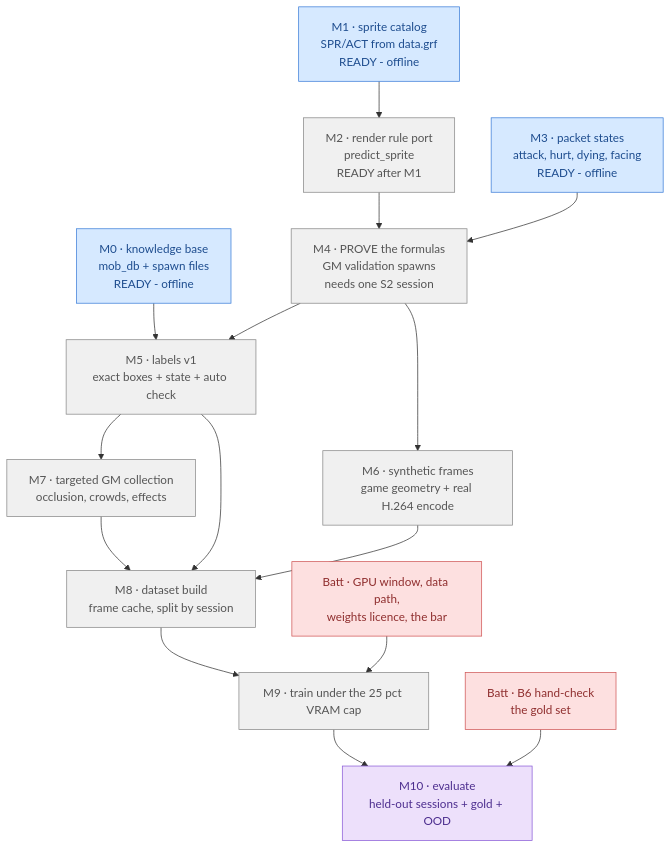
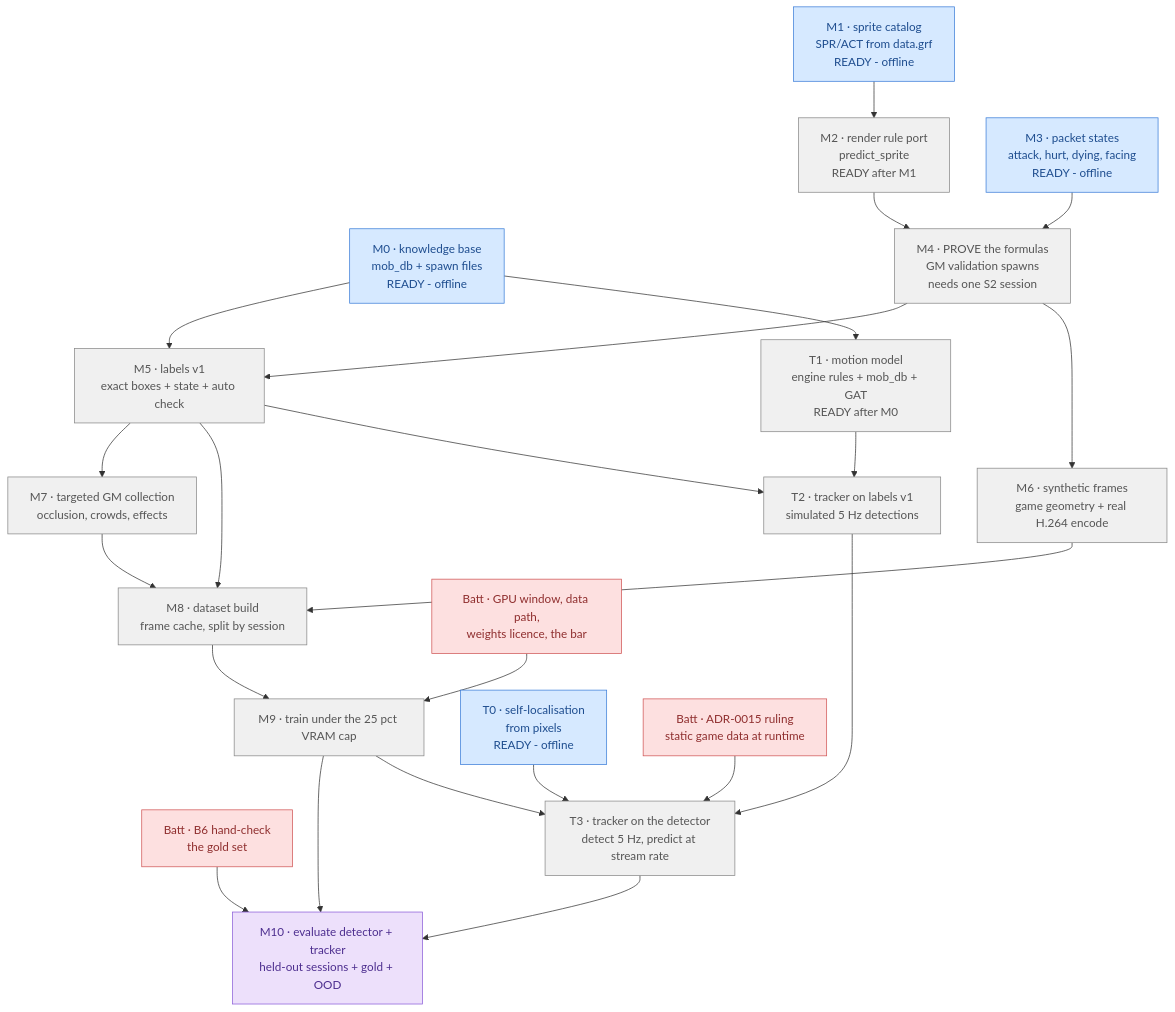
Before and after one commit to lumduan/poring-lab: the diagram in docs/phase3-plan.md, drawn with Mermaid. The commit also changed other lines of this file and 2 other files, not shown here.

First line of the commit message:
docs: Phase 3 plan -- tracking with the game's motion rules; pre-renewal spawns; GM risks

````diff
--- a/docs/phase3-plan.md
+++ b/docs/phase3-plan.md
@@ -54,30 +54,38 @@
 ```mermaid
 flowchart TD
     M0["M0 · knowledge base<br/>mob_db + spawn files<br/>READY - offline"] --> M5
     M1["M1 · sprite catalog<br/>SPR/ACT from data.grf<br/>READY - offline"] --> M2
     M2["M2 · render rule port<br/>predict_sprite<br/>READY after M1"] --> M4
     M3["M3 · packet states<br/>attack, hurt, dying, facing<br/>READY - offline"] --> M4
     M4["M4 · PROVE the formulas<br/>GM validation spawns<br/>needs one S2 session"] --> M5
     M4 --> M6
     M5["M5 · labels v1<br/>exact boxes + state + auto check"] --> M7
     M5 --> M8
     M6["M6 · synthetic frames<br/>game geometry + real H.264 encode"] --> M8
     M7["M7 · targeted GM collection<br/>occlusion, crowds, effects"] --> M8
     M8["M8 · dataset build<br/>frame cache, split by session"] --> M9
     D1["Batt · GPU window, data path,<br/>weights licence, the bar"] --> M9
     M9["M9 · train under the 25 pct VRAM cap"] --> M10
     G["Batt · B6 hand-check<br/>the gold set"] --> M10
-    M10["M10 · evaluate<br/>held-out sessions + gold + OOD"]
+    M10["M10 · evaluate detector + tracker<br/>held-out sessions + gold + OOD"]
+    M0 --> T1
+    T1["T1 · motion model<br/>engine rules + mob_db + GAT<br/>READY after M0"] --> T2
+    M5 --> T2
+    T2["T2 · tracker on labels v1<br/>simulated 5 Hz detections"] --> T3
+    T0["T0 · self-localisation<br/>from pixels<br/>READY - offline"] --> T3
+    M9 --> T3
+    R["Batt · ADR-0015 ruling<br/>static game data at runtime"] --> T3
+    T3["T3 · tracker on the detector<br/>detect 5 Hz, predict at stream rate"] --> M10
 
     classDef done     fill:#d4f4dd,stroke:#2d8a4e,color:#1a5c33
     classDef active   fill:#fff3cd,stroke:#cc9a06,color:#7a5c04
     classDef ready    fill:#d6e9ff,stroke:#3b7dd8,color:#1e4d8f
     classDef blocked  fill:#f0f0f0,stroke:#888,color:#555
     classDef decision fill:#fde0e0,stroke:#d05555,color:#8f2e2e
     classDef goal     fill:#ede0fb,stroke:#8a5cd8,color:#4d2e8f
 
-    class M0,M1,M3 ready
-    class M2,M4,M5,M6,M7,M8,M9 blocked
-    class D1,G decision
+    class M0,M1,M3,T0 ready
+    class M2,M4,M5,M6,M7,M8,M9,T1,T2,T3 blocked
+    class D1,G,R decision
     class M10 goal
 ```
````
